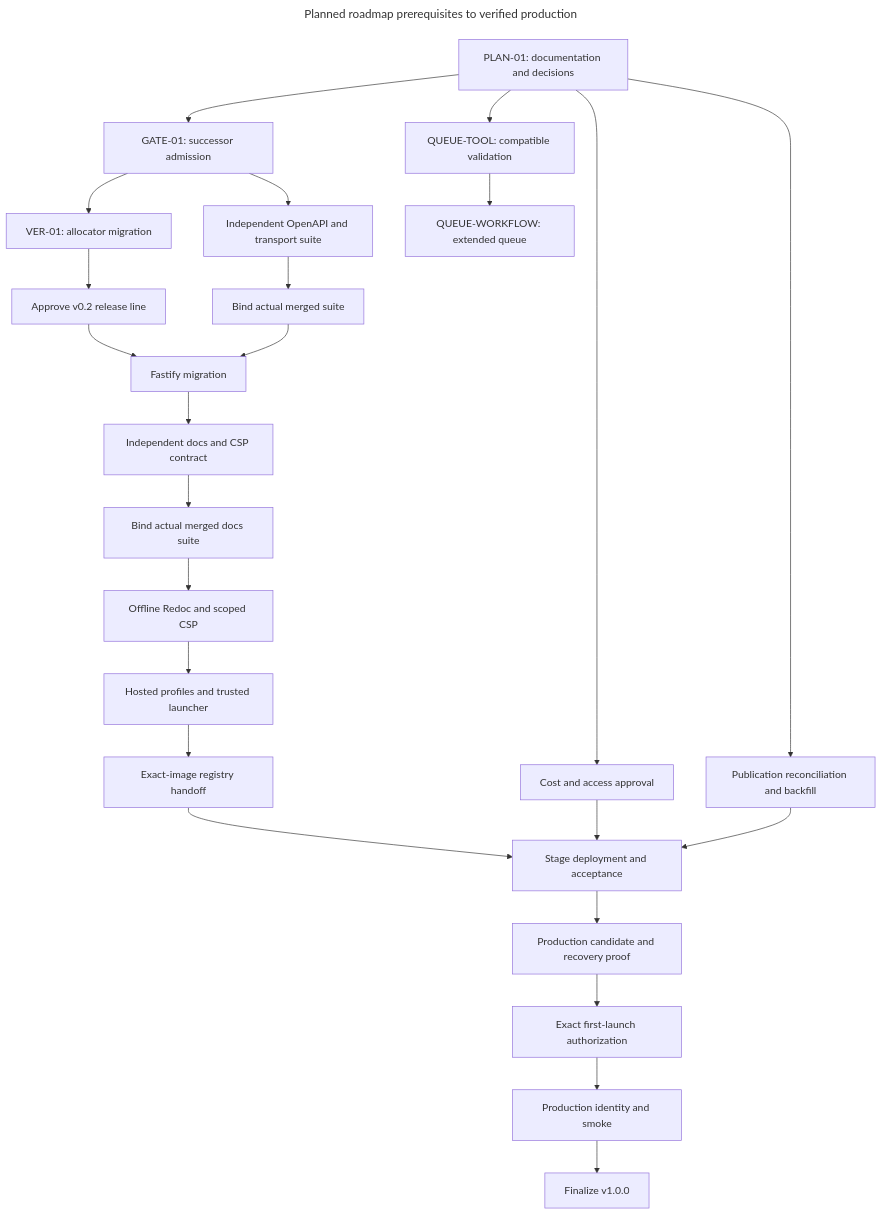
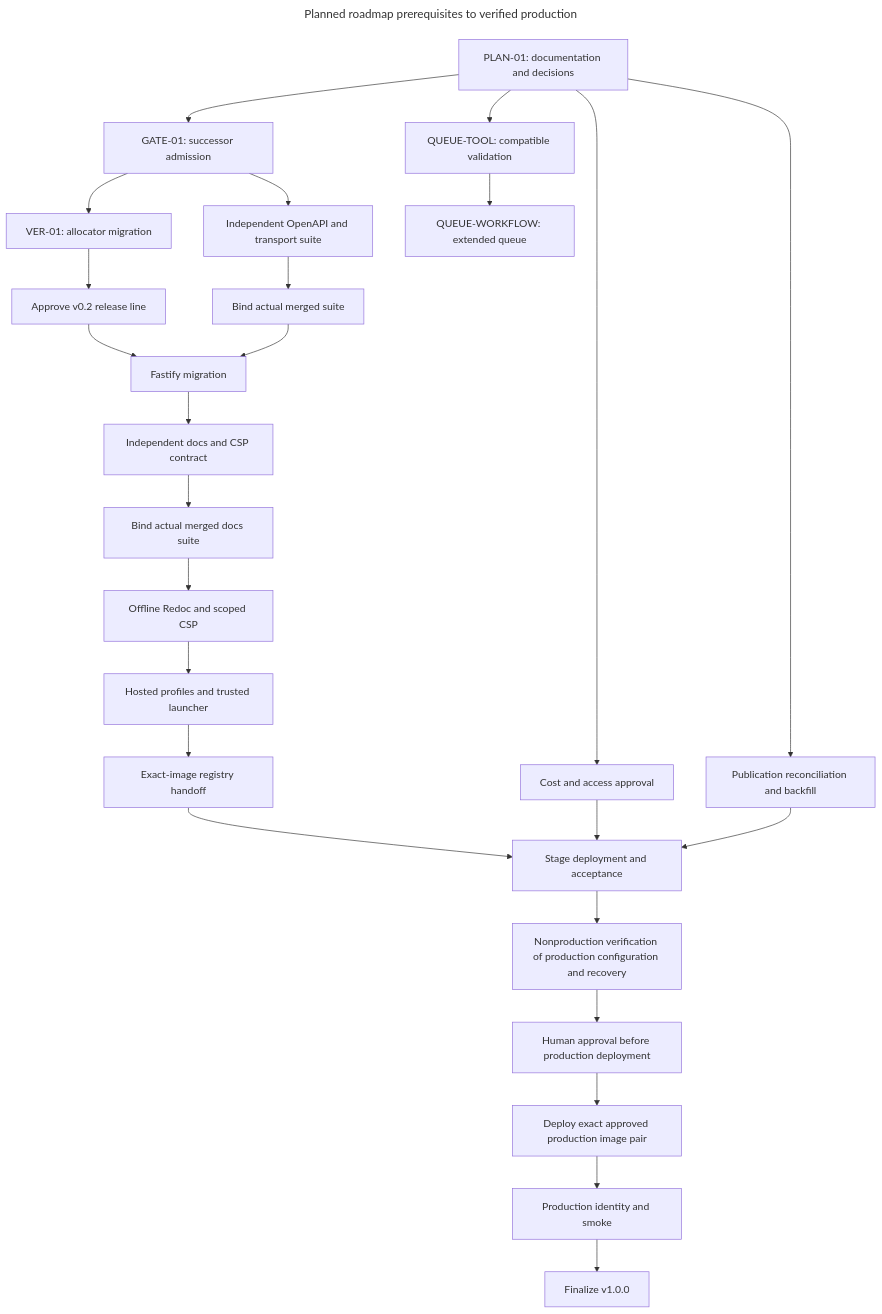
Before and after one commit to brobro10000/mp3-frame-counter: the diagram in docs/roadmap/diagrams/dependencies.mmd, drawn with Mermaid. The commit also changed 4 other files, not shown here.

Commit message:
docs(deployment): require human approval before production deployment

```diff
--- a/docs/roadmap/diagrams/dependencies.mmd
+++ b/docs/roadmap/diagrams/dependencies.mmd
@@ -1,35 +1,36 @@
 ---
 title: Planned roadmap prerequisites to verified production
 query: >-
   Show the adopted planning order, not implemented automation. Acceptance-gate migration precedes independent
   successor suites and actual merge binding. Version allocation precedes release-line activation. Transport and
   docs successors are separate. Conditional queue-tooling support precedes live queue syntax and is not a hosting
   prerequisite because reconciliation is the selected fallback. Stage and production evidence precede v1.0.0.
 references:
   - 'File: /docs/roadmap/README.md'
   - 'File: /docs/phases/next-iteration.md'
 ---
 flowchart TD
     PLAN["PLAN-01: documentation and decisions"] --> GATE["GATE-01: successor admission"]
     GATE --> VER["VER-01: allocator migration"]
     VER --> LINE["Approve v0.2 release line"]
     GATE --> TRANSPORT["Independent OpenAPI and transport suite"]
     TRANSPORT --> TBIND["Bind actual merged suite"]
     LINE --> FASTIFY["Fastify migration"]
     TBIND --> FASTIFY
     FASTIFY --> DOCS["Independent docs and CSP contract"]
     DOCS --> DBIND["Bind actual merged docs suite"]
     DBIND --> REDOC["Offline Redoc and scoped CSP"]
     REDOC --> HOSTTEST["Hosted profiles and trusted launcher"]
     HOSTTEST --> REGISTRY["Exact-image registry handoff"]
     PLAN --> COST["Cost and access approval"]
     REGISTRY --> STAGE["Stage deployment and acceptance"]
     COST --> STAGE
-    STAGE --> CANDIDATE["Production candidate and recovery proof"]
-    CANDIDATE --> LAUNCH["Exact first-launch authorization"]
-    LAUNCH --> SMOKE["Production identity and smoke"]
+    STAGE --> CANDIDATE["Nonproduction verification of production configuration and recovery"]
+    CANDIDATE --> LAUNCH["Human approval before production deployment"]
+    LAUNCH --> DEPLOY["Deploy exact approved production image pair"]
+    DEPLOY --> SMOKE["Production identity and smoke"]
     SMOKE --> V1["Finalize v1.0.0"]
     PLAN --> RECON["Publication reconciliation and backfill"]
     RECON --> STAGE
     PLAN --> TOOL["QUEUE-TOOL: compatible validation"]
     TOOL --> QUEUE["QUEUE-WORKFLOW: extended queue"]
```
